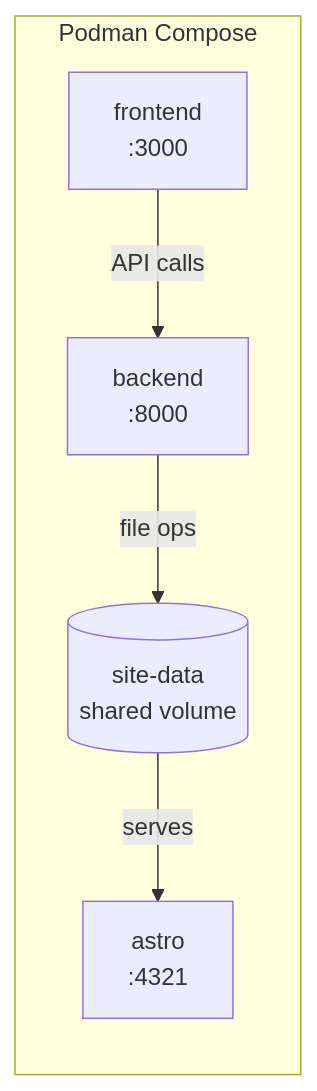
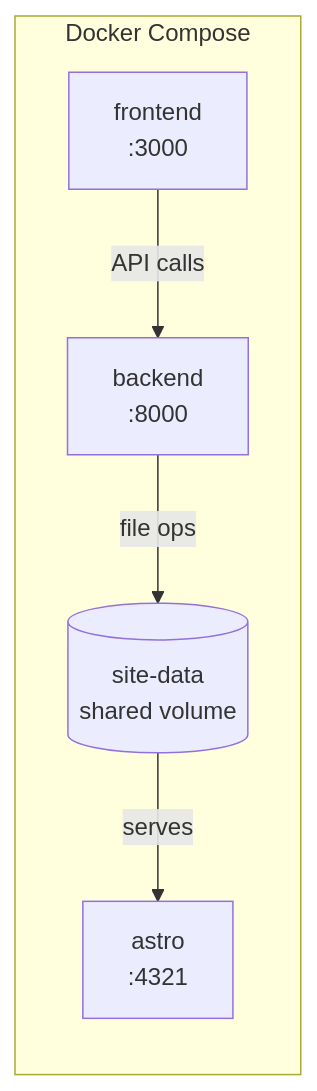
The second of 2 diagrams in ARCHITECTURE.md (zoltan-nz/blog-engine-prototype), drawn with Mermaid before and after one commit. The commit also changed other lines of this file and 20 other files, not shown here.

````diff
--- a/ARCHITECTURE.md
+++ b/ARCHITECTURE.md
@@ -80,13 +80,13 @@
 ```mermaid
 flowchart LR
-    subgraph PODMAN["Podman Compose"]
+    subgraph DOCKER["Docker Compose"]
         FE["frontend\n:3000"]
         BE["backend\n:8000"]
         ASTRO["astro\n:4321"]
         VOL[("site-data\nshared volume")]
     end
 
     FE -->|API calls| BE
     BE -->|file ops| VOL
     VOL -->|serves| ASTRO
 ```
````
